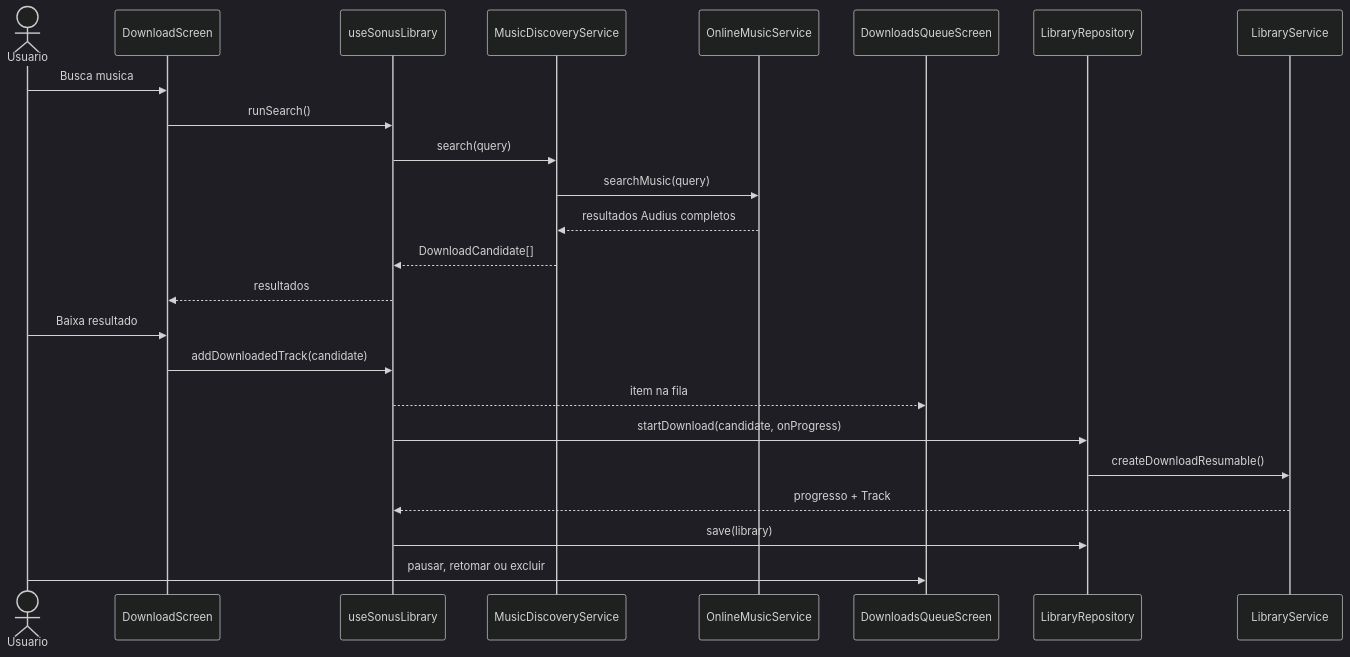
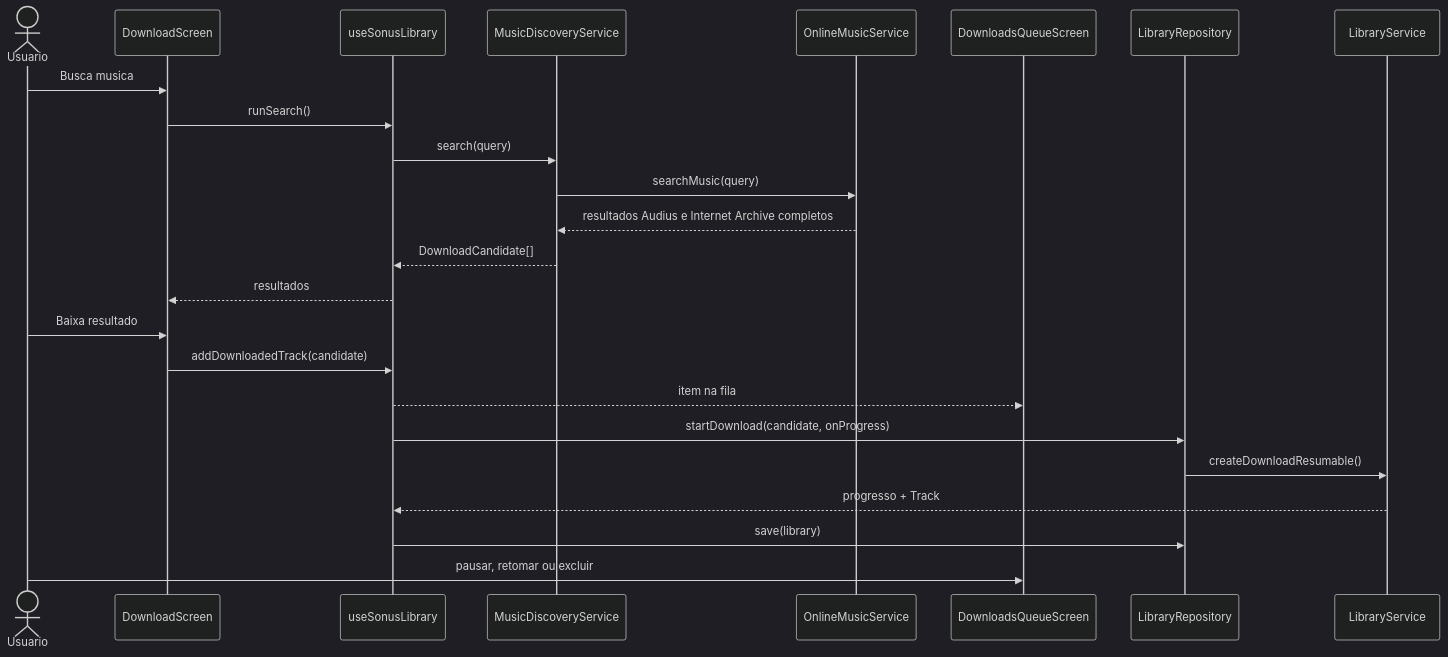
The second of 6 diagrams in docs/DIAGRAMS.md (ricardosb25/Sonus), drawn with Mermaid (dark theme) before and after one commit. The commit also changed 8 other files, not shown here.

````diff
--- a/docs/DIAGRAMS.md
+++ b/docs/DIAGRAMS.md
@@ -23,27 +23,27 @@
 ```mermaid
 sequenceDiagram
   actor User as Usuario
   participant Screen as DownloadScreen
   participant Hook as useSonusLibrary
   participant Discovery as MusicDiscoveryService
   participant Online as OnlineMusicService
   participant Queue as DownloadsQueueScreen
   participant Repo as LibraryRepository
   participant Storage as LibraryService
 
   User->>Screen: Busca musica
   Screen->>Hook: runSearch()
   Hook->>Discovery: search(query)
   Discovery->>Online: searchMusic(query)
-  Online-->>Discovery: resultados Audius completos
+  Online-->>Discovery: resultados Audius e Internet Archive completos
   Discovery-->>Hook: DownloadCandidate[]
   Hook-->>Screen: resultados
   User->>Screen: Baixa resultado
   Screen->>Hook: addDownloadedTrack(candidate)
   Hook-->>Queue: item na fila
   Hook->>Repo: startDownload(candidate, onProgress)
   Repo->>Storage: createDownloadResumable()
   Storage-->>Hook: progresso + Track
   Hook->>Repo: save(library)
   User->>Queue: pausar, retomar ou excluir
 ```
````
